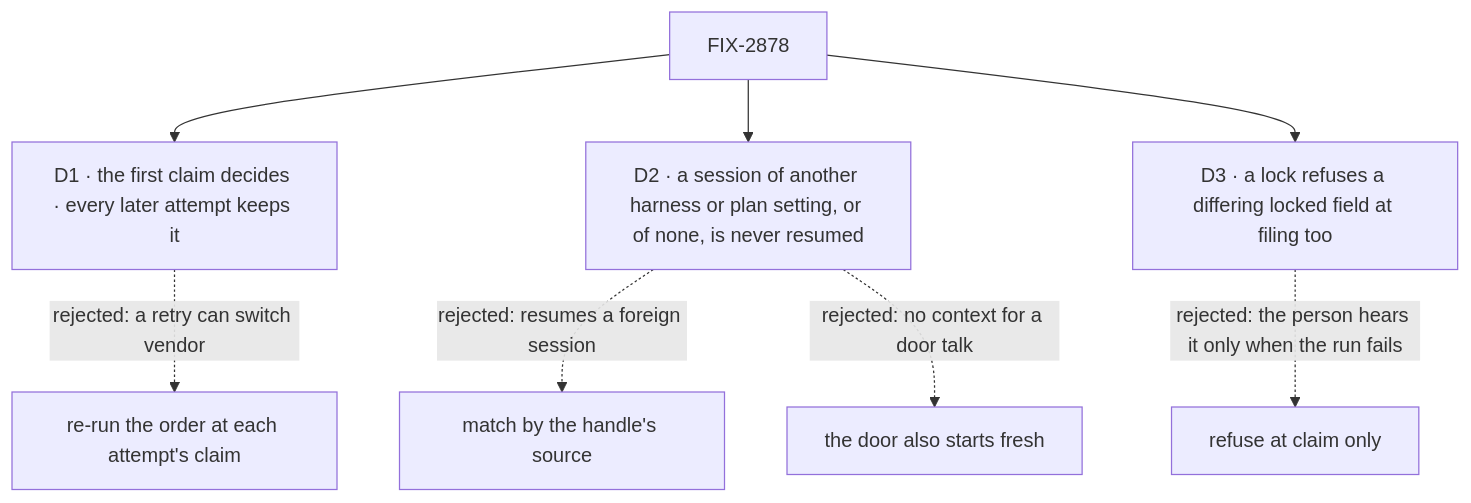
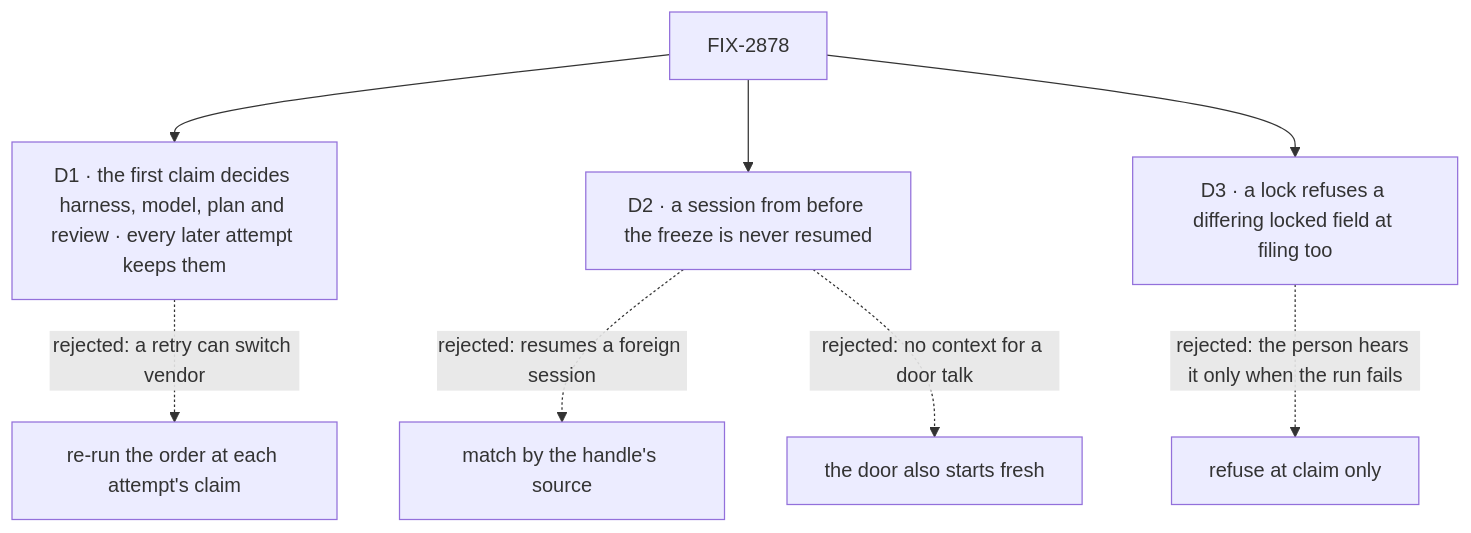
The diagram in specs/issues/FIX-2878/DECISIONS.md (fixpoint-labs/flow-state-dev), drawn with Mermaid before and after one commit. The commit also changed other lines of this file and 4 other files, not shown here.

First line of the commit message:
spec(FIX-2878): fold the second look: freeze review, smaller D2, drop source

````diff
--- a/specs/issues/FIX-2878/DECISIONS.md
+++ b/specs/issues/FIX-2878/DECISIONS.md
@@ -13,10 +13,10 @@
 ```mermaid
 flowchart TD
-  I["FIX-2878"] --> D1["D1 · the first claim decides · every later attempt keeps it"]
+  I["FIX-2878"] --> D1["D1 · the first claim decides harness, model, plan and review · every later attempt keeps them"]
   D1 -.->|"rejected: a retry can switch vendor"| X1["re-run the order at each attempt's claim"]
-  I --> D2["D2 · a session of another harness or plan setting, or of none, is never resumed"]
+  I --> D2["D2 · a session from before the freeze is never resumed"]
   D2 -.->|"rejected: resumes a foreign session"| X2["match by the handle's source"]
   D2 -.->|"rejected: no context for a door talk"| X3["the door also starts fresh"]
   I --> D3["D3 · a lock refuses a differing locked field at filing too"]
   D3 -.->|"rejected: the person hears it only when the run fails"| X4["refuse at claim only"]
 ```
````
